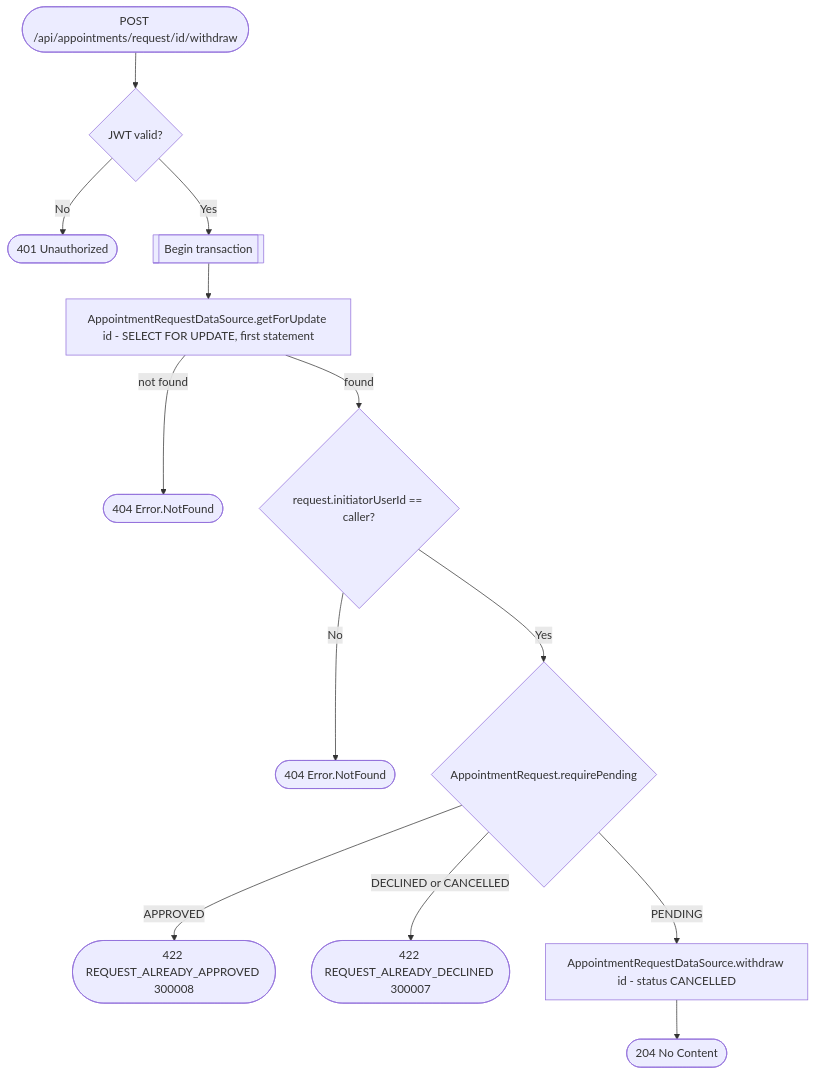
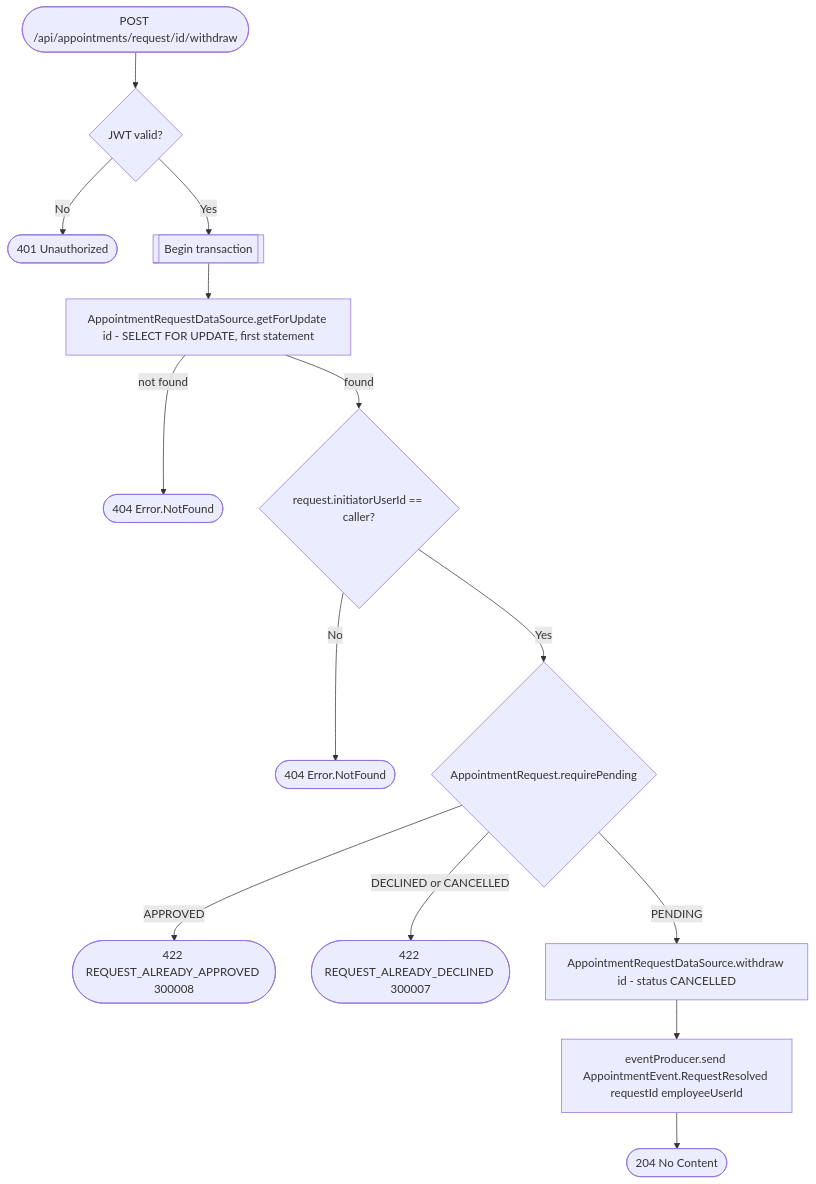
One commit to nocturneproperties/bookkme changed the diagram in docs/operations/appointments/withdraw-appointment-request.md. Above: the diagram before and after it, drawn with Mermaid. The commit also changed other lines of this file and 44 other files, not shown here.

````diff
--- a/docs/operations/appointments/withdraw-appointment-request.md
+++ b/docs/operations/appointments/withdraw-appointment-request.md
@@ -16,15 +17,16 @@
 ```mermaid
 flowchart TD
     Start([POST /api/appointments/request/id/withdraw]) --> Auth{JWT valid?}
     Auth -- No --> R401([401 Unauthorized])
     Auth -- Yes --> Tx[[Begin transaction]]
     Tx --> Lock[AppointmentRequestDataSource.getForUpdate id - SELECT FOR UPDATE, first statement]
     Lock -- not found --> R404a([404 Error.NotFound])
     Lock -- found --> Owner{request.initiatorUserId == caller?}
     Owner -- No --> R404b([404 Error.NotFound])
     Owner -- Yes --> Pending{AppointmentRequest.requirePending}
     Pending -- APPROVED --> R422a([422 REQUEST_ALREADY_APPROVED 300008])
     Pending -- DECLINED or CANCELLED --> R422d([422 REQUEST_ALREADY_DECLINED 300007])
     Pending -- PENDING --> Withdraw[AppointmentRequestDataSource.withdraw id - status CANCELLED]
-    Withdraw --> R204([204 No Content])
+    Withdraw --> Resolved[eventProducer.send AppointmentEvent.RequestResolved requestId employeeUserId]
+    Resolved --> R204([204 No Content])
 ```
````
